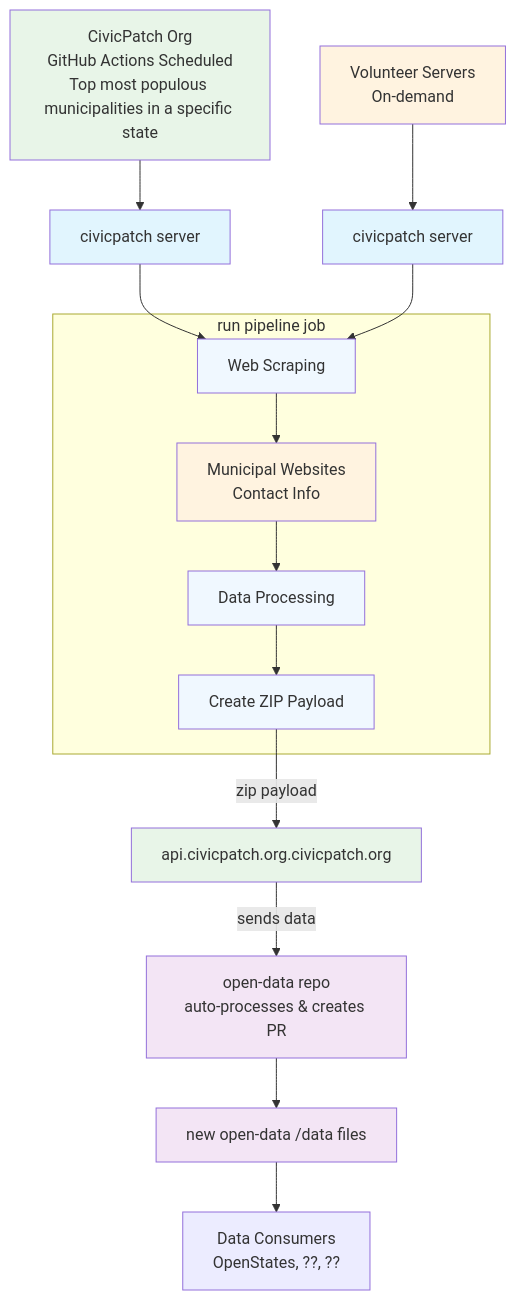
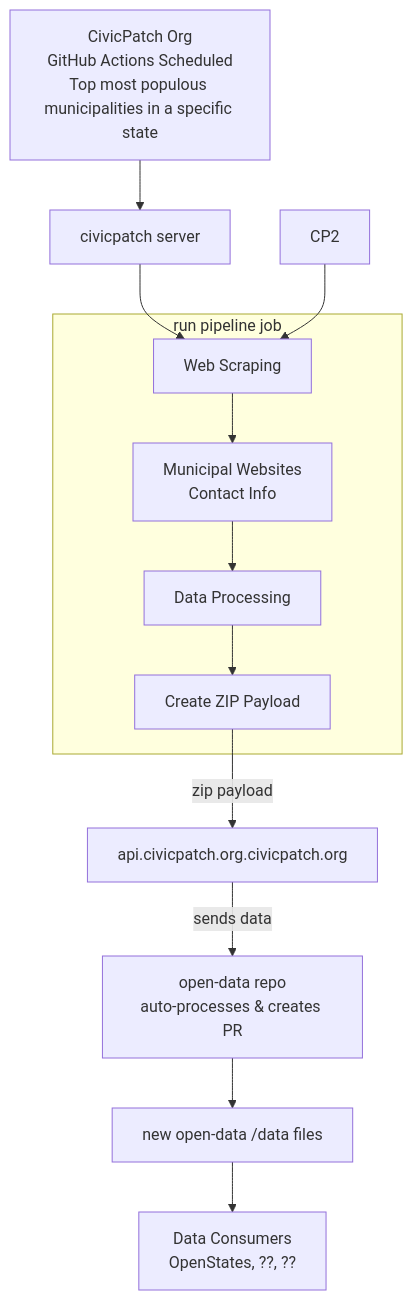
The diagram in README.md (CivicPatch/civicpatch-tools), drawn with Mermaid before and after one commit. The commit also changed other lines of this file and 16 other files, not shown here.

````diff
--- a/README.md
+++ b/README.md
@@ -18,47 +30,28 @@
 ```mermaid
 graph TD
     %% Trigger Sources
     A1[CivicPatch Org<br/>GitHub Actions Scheduled<br/>Top most populous municipalities in a specific state] 
-    B1[Volunteer Servers<br/>On-demand]
     
     %% civicpatch servers with internal pipeline
     A1 --> CP1[civicpatch server]
-    B1 --> CP2[civicpatch server]
     
     subgraph "run pipeline job"
         SCRAPE[Web Scraping] --> S[Municipal Websites<br/>Contact Info]
         S --> PROCESS[Data Processing]
         PROCESS --> ZIP[Create ZIP Payload]
     end
     
     %% Data flow to api.civicpatch.org
     CP1 --> SCRAPE
     CP2 --> SCRAPE
     ZIP -->|zip payload| C[api.civicpatch.org.civicpatch.org]
     
     %% Simplified: api.civicpatch.org sends to open-data, which auto-processes
     C -->|sends data| OD[open-data repo<br/>auto-processes & creates PR]
     
     %% Final data available
     OD --> DATA["new open-data /data files"]
     
     %% Data consumers
     DATA --> DC[Data Consumers<br/>OpenStates, ??, ??]
-    
-    %% Styling
-    classDef orgType fill:#e8f5e8
-    classDef volunteerType fill:#fff3e0
-    classDef serverType fill:#e1f5fe
-    classDef dataStore fill:#f3e5f5
-    classDef service fill:#e8f5e8
-    classDef source fill:#fff3e0
-    classDef pipeline fill:#f0f8ff
-    
-    class A1 orgType
-    class B1 volunteerType
-    class CP1,CP2 serverType
-    class OD,DATA dataStore
-    class C service
-    class S source
-    class SCRAPE,PROCESS,ZIP pipeline
 ```
````
